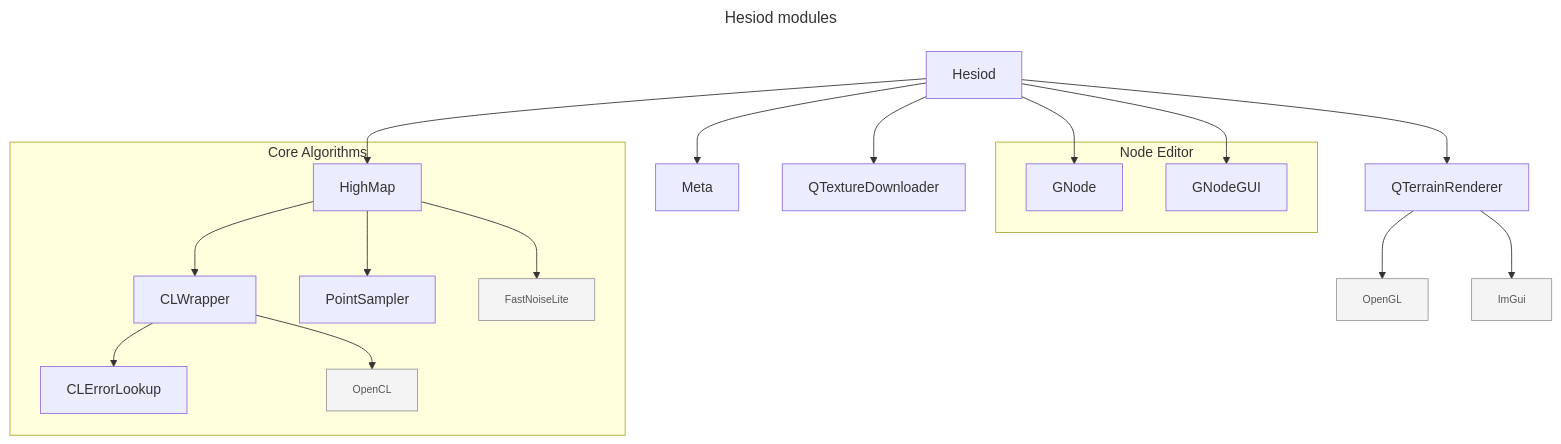
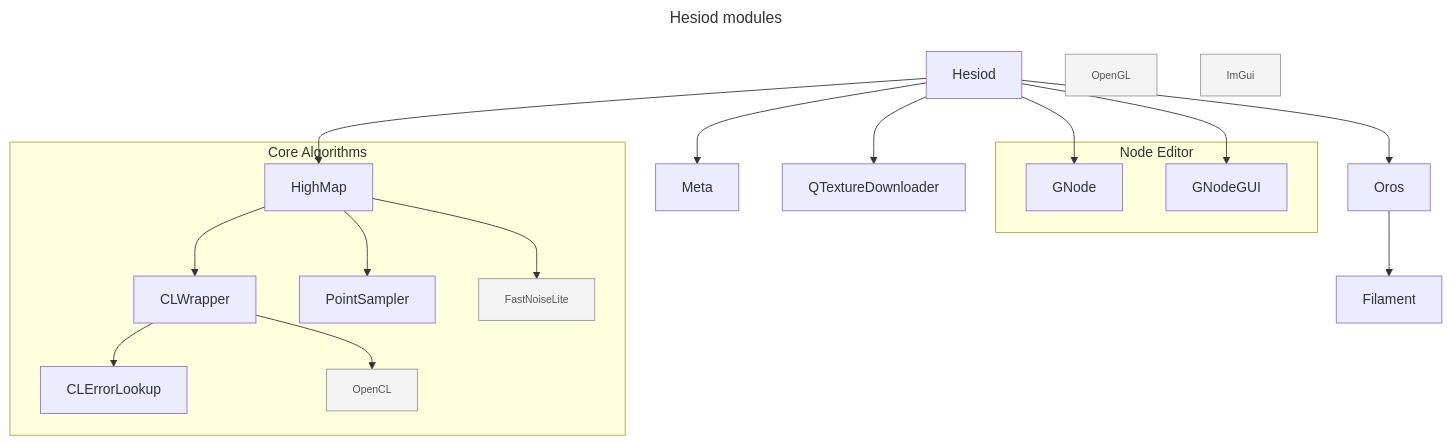
One commit to ottolink-dev/Hesiod changed the diagram in README.md. Above: the diagram before and after it, drawn with Mermaid. The commit also changed 22 other files, not shown here.

Commit message:
wip: 1st mockup integrating Oros as 3D viewport renderer

````diff
--- a/README.md
+++ b/README.md
@@ -191,29 +191,29 @@
 ```mermaid
 ---
 config:
   layout: dagre
 title: Hesiod modules
 ---
 flowchart TD
  subgraph subGraph0["Node Editor"]
         GNode["GNode"]
         GNodeGUI["GNodeGUI"]
   end
  subgraph subGraph1["Core Algorithms"]
         CLWrapper["CLWrapper"]
         HighMap["HighMap"]
         PointSampler["PointSampler"]
         CLErrorLookup["CLErrorLookup"]
         OpenCL["OpenCL"]
         FastNoiseLite["FastNoiseLite"]
   end
-    Hesiod["Hesiod"] --> HighMap & GNode & GNodeGUI & Meta["Meta"] & QTerrainRenderer["QTerrainRenderer"] & QTextureDownloader["QTextureDownloader"]
+    Hesiod["Hesiod"] --> HighMap & GNode & GNodeGUI & Meta["Meta"] & Oros["Oros"] & QTextureDownloader["QTextureDownloader"]
     HighMap --> CLWrapper & PointSampler & FastNoiseLite
     CLWrapper --> CLErrorLookup & OpenCL
-    QTerrainRenderer --> OpenGL["OpenGL"] & ImGui["ImGui"]
+    Oros --> Filament["Filament"]
      OpenCL:::non_hesiod
      FastNoiseLite:::non_hesiod
      OpenGL:::non_hesiod
      ImGui:::non_hesiod
     classDef non_hesiod fill:#f4f4f4,stroke:#999,color:#555,font-size:12px
 ```
````
